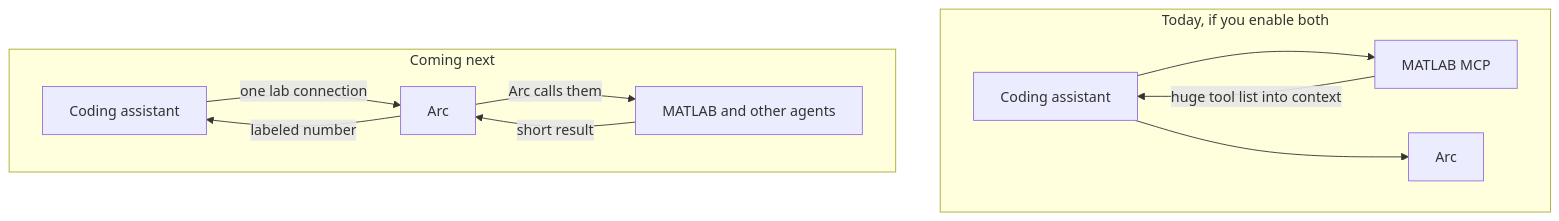
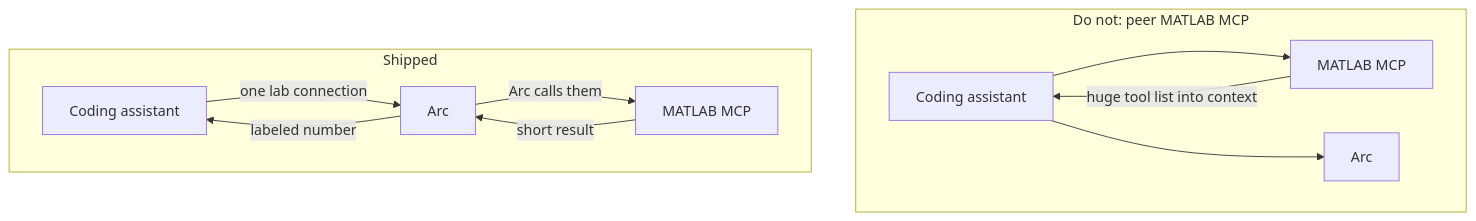
Before and after one commit to Vinayak-RZ/ARC: the seventh of 7 diagrams in docs/ON_THE_HARNESS.md, drawn with Mermaid. The commit also changed other lines of this file and 8 other files, not shown here.

First line of the commit message:
docs(hosts): ship Arc-mediated MATLAB; forbid peer MATLAB MCP

````diff
--- a/docs/ON_THE_HARNESS.md
+++ b/docs/ON_THE_HARNESS.md
@@ -301,20 +303,20 @@
 ```mermaid
 flowchart TB
-  subgraph today["Today, if you enable both"]
+  subgraph wrong["Do not: peer MATLAB MCP"]
     H1[Coding assistant]
     M1[MATLAB MCP]
     A1[Arc]
     H1 --> M1
     H1 --> A1
     M1 -->|"huge tool list into context"| H1
   end
-  subgraph next["Coming next"]
+  subgraph shipped["Shipped"]
     H2[Coding assistant]
     A2[Arc]
-    M2[MATLAB and other agents]
+    M2[MATLAB MCP]
     H2 -->|"one lab connection"| A2
     A2 -->|"Arc calls them"| M2
     M2 -->|"short result"| A2
     A2 -->|"labeled number"| H2
   end
 ```
````
